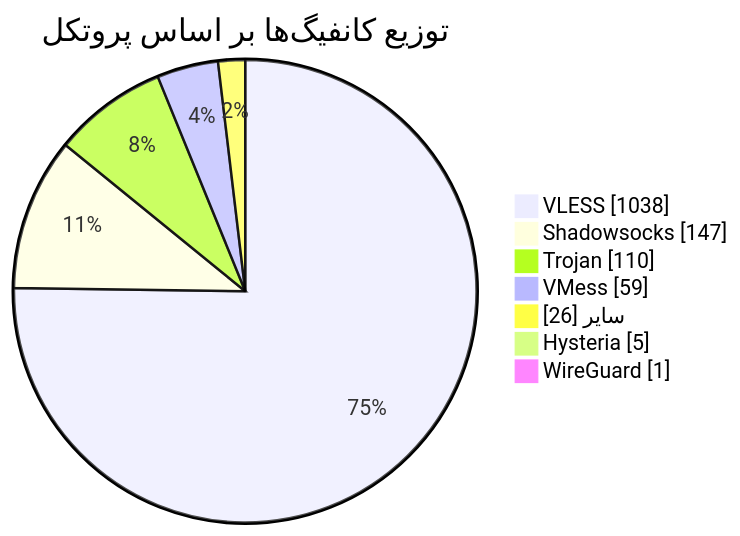
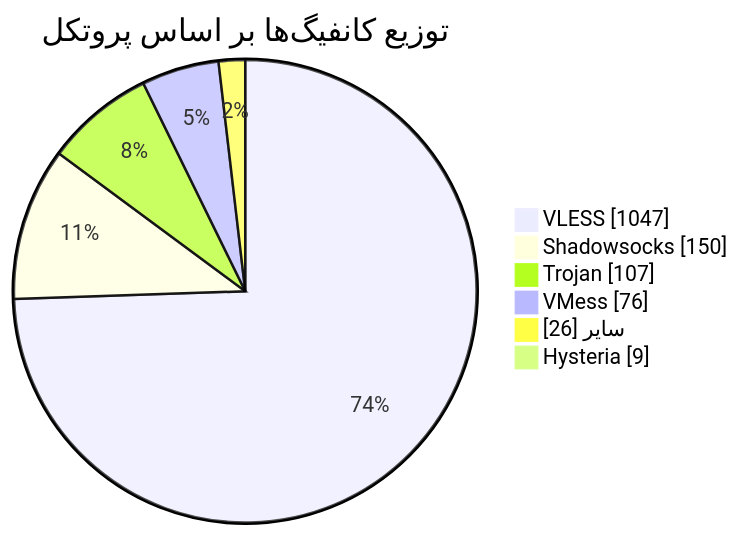
The diagram in README.md (Arian-Alijani/Somthing), drawn with Mermaid before and after one commit. The commit also changed other lines of this file and 103 other files, not shown here.

````diff
--- a/README.md
+++ b/README.md
@@ -51,11 +50,10 @@
 ```mermaid
 pie showData
     title توزیع کانفیگ‌ها بر اساس پروتکل
-    "VLESS" : 1038
-    "Shadowsocks" : 147
-    "Trojan" : 110
-    "VMess" : 59
+    "VLESS" : 1047
+    "Shadowsocks" : 150
+    "Trojan" : 107
+    "VMess" : 76
     "سایر" : 26
-    "Hysteria" : 5
-    "WireGuard" : 1
+    "Hysteria" : 9
 ```
````
